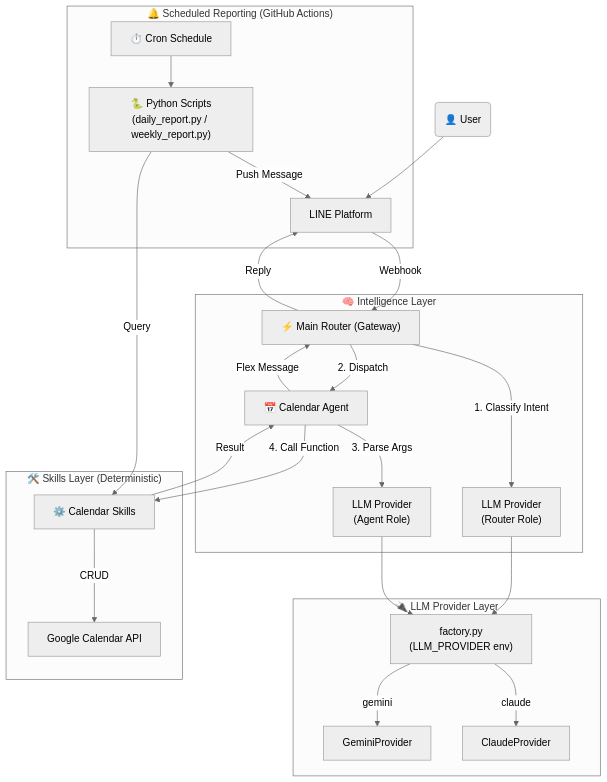
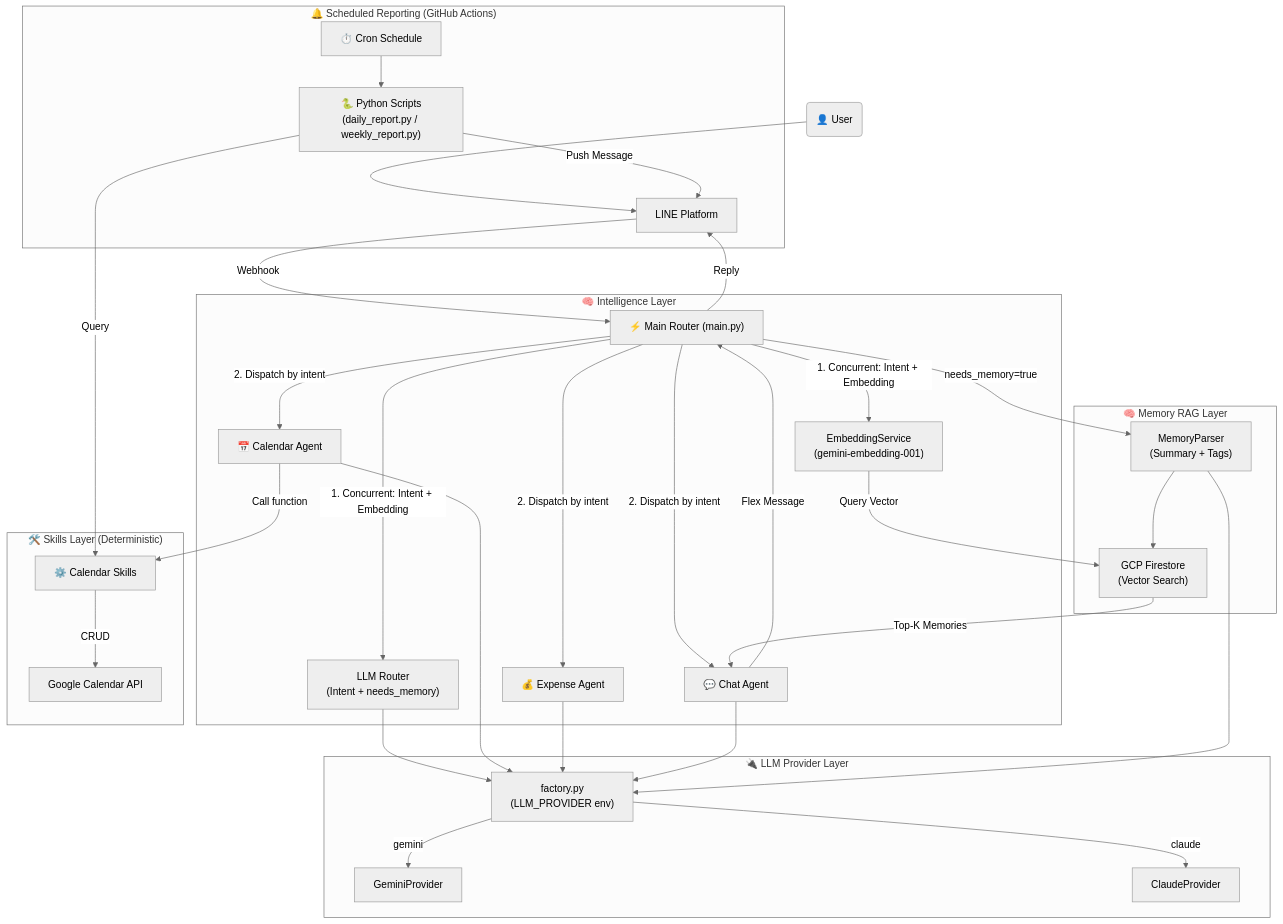
Before and after one commit to YenChengLai/ai-butler-python: the diagram in README.en.md, drawn with Mermaid (neutral theme). The commit also changed other lines of this file and 2 other files, not shown here.

Commit message:
docs: update all README files to reflect memory system, async architecture, google-genai SDK, and deployment requirements

````diff
--- a/README.en.md
+++ b/README.en.md
@@ -39,32 +45,40 @@
 ```mermaid
 graph TD
     User("👤 User") --> Line["LINE Platform"]
-    Line --Webhook--> Gateway["⚡ Main Router (Gateway)"]
+    Line --Webhook--> Gateway["⚡ Main Router (main.py)"]
 
     subgraph "🧠 Intelligence Layer"
-        Gateway --"1. Classify Intent"--> RouterLLM["LLM Provider\n(Router Role)"]
-        Gateway --"2. Dispatch"--> CalAgent["📅 Calendar Agent"]
-        CalAgent --"3. Parse Args"--> AgentLLM["LLM Provider\n(Agent Role)"]
+        Gateway --"1. Concurrent: Intent + Embedding"--> RouterLLM["LLM Router\n(Intent + needs_memory)"]
+        Gateway --"1. Concurrent: Intent + Embedding"--> Embed["EmbeddingService\n(gemini-embedding-001)"]
+        Gateway --"2. Dispatch by intent"--> CalAgent["📅 Calendar Agent"]
+        Gateway --"2. Dispatch by intent"--> ExpAgent["💰 Expense Agent"]
+        Gateway --"2. Dispatch by intent"--> ChatAgent["💬 Chat Agent"]
+    end
+
+    subgraph "🧠 Memory RAG Layer"
+        Embed --"Query Vector"--> Firestore["GCP Firestore\n(Vector Search)"]
+        Firestore --"Top-K Memories"--> ChatAgent
+        Gateway --"needs_memory=true"--> MemParser["MemoryParser\n(Summary + Tags)"]
+        MemParser --> Firestore
     end
 
     subgraph "🔌 LLM Provider Layer"
-        RouterLLM & AgentLLM --> Factory["factory.py\n(LLM_PROVIDER env)"]
+        RouterLLM & CalAgent & ExpAgent & ChatAgent & MemParser --> Factory["factory.py\n(LLM_PROVIDER env)"]
         Factory -->|gemini| Gemini["GeminiProvider"]
         Factory -->|claude| Claude["ClaudeProvider"]
     end
 
     subgraph "🛠️ Skills Layer (Deterministic)"
-        CalAgent --"4. Call Function"--> Skill["⚙️ Calendar Skills"]
+        CalAgent --"Call function"--> Skill["⚙️ Calendar Skills"]
         Skill --"CRUD"--> GCal["Google Calendar API"]
     end
 
     subgraph "🔔 Scheduled Reporting (GitHub Actions)"
         Cron["⏱️ Cron Schedule"] --> Scripts["🐍 Python Scripts\n(daily_report.py / weekly_report.py)"]
         Scripts --"Query"--> Skill
         Scripts --"Push Message"--> Line
     end
 
-    Skill --"Result"--> CalAgent
-    CalAgent --"Flex Message"--> Gateway
+    ChatAgent --"Flex Message"--> Gateway
     Gateway --"Reply"--> Line
 ```
````
